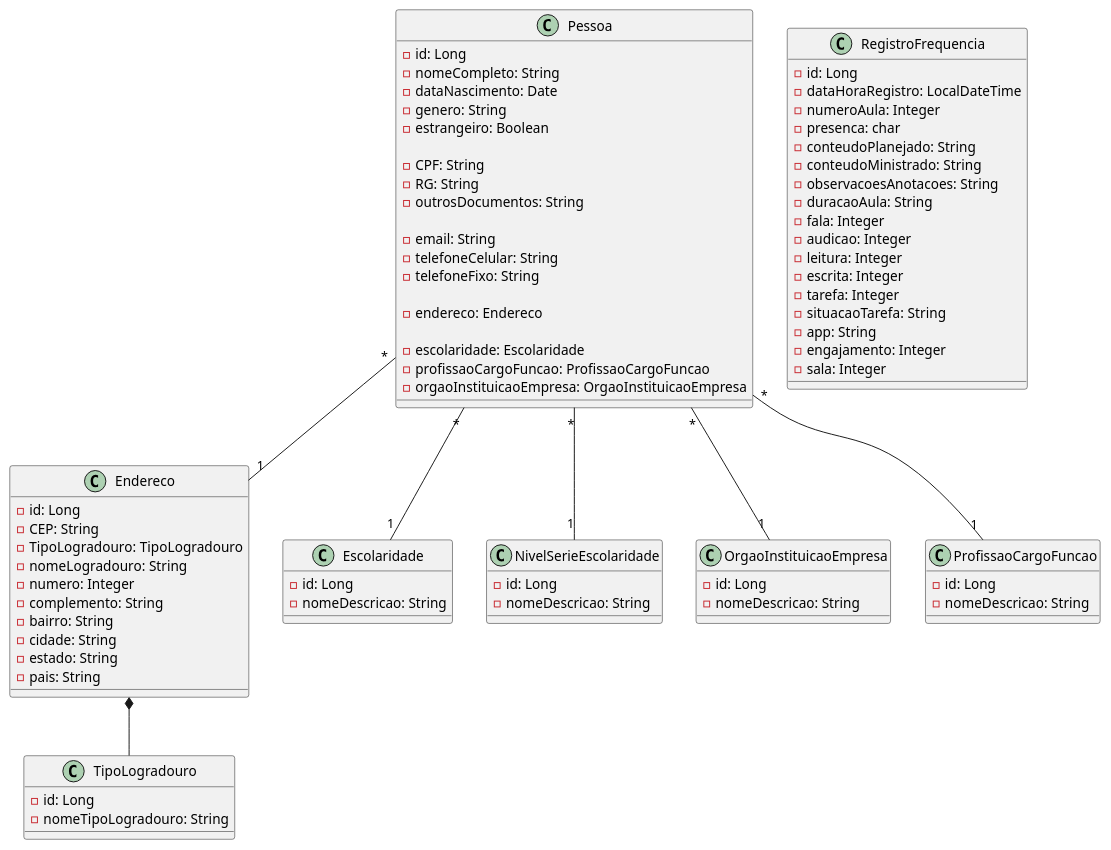
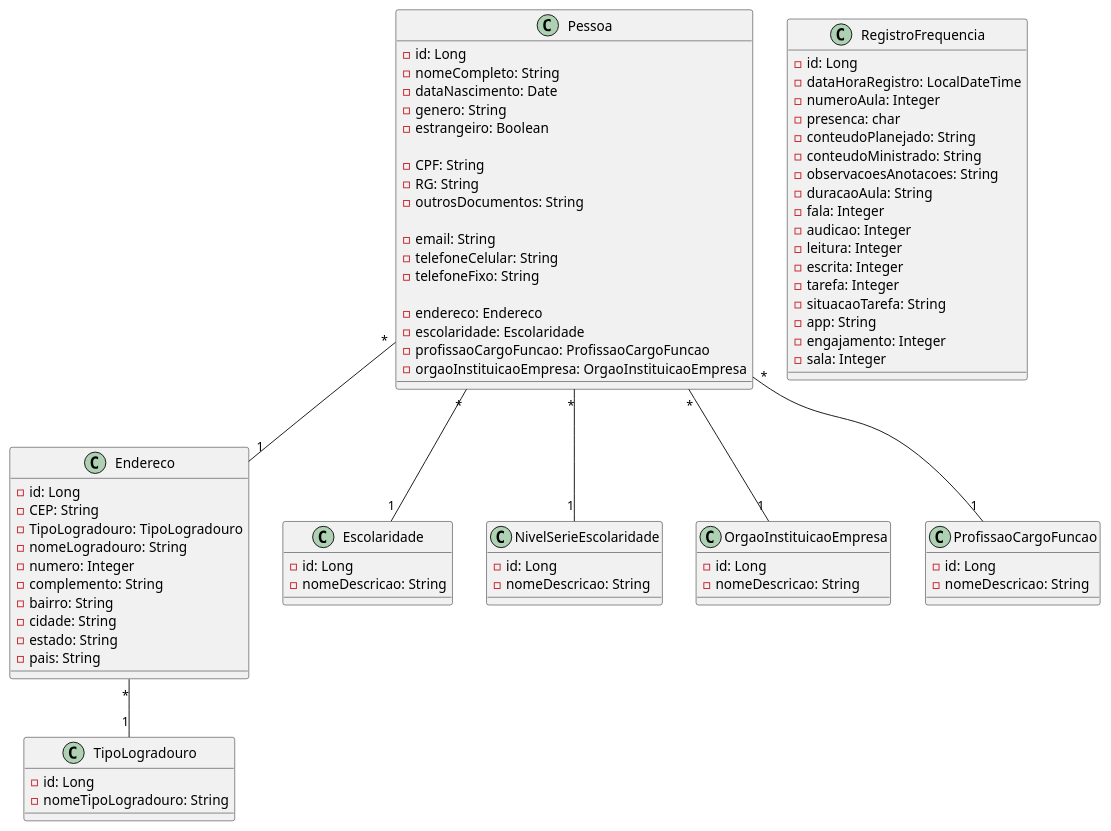
Before and after one commit to Vitor-rs/AgePlan_backend: the diagram in docs/diagrams/dc_entidadesPrincipais.puml, drawn with PlantUML.

Commit message:
:construction: Estruturando relacionamento entre classes

```diff
--- a/docs/diagrams/dc_entidadesPrincipais.puml
+++ b/docs/diagrams/dc_entidadesPrincipais.puml
@@ -1,92 +1,91 @@
 @startuml
 
 class Pessoa {
     - id: Long
     - nomeCompleto: String
     - dataNascimento: Date
     - genero: String
     - estrangeiro: Boolean
 
     - CPF: String
     - RG: String
     - outrosDocumentos: String
 
     - email: String
     - telefoneCelular: String
     - telefoneFixo: String
 
     - endereco: Endereco
-
     - escolaridade: Escolaridade
     - profissaoCargoFuncao: ProfissaoCargoFuncao
     - orgaoInstituicaoEmpresa: OrgaoInstituicaoEmpresa
 }
 
 class Endereco {
     - id: Long
     - CEP: String
     - TipoLogradouro: TipoLogradouro
     - nomeLogradouro: String
     - numero: Integer
     - complemento: String
     - bairro: String
     - cidade: String
     - estado: String
     - pais: String
 }
 
 class TipoLogradouro {
     - id: Long
     - nomeTipoLogradouro: String
 }
 
 class Escolaridade {
     - id: Long
     - nomeDescricao: String
 }
 
 class NivelSerieEscolaridade {
     - id: Long
     - nomeDescricao: String
 }
 
 class OrgaoInstituicaoEmpresa {
     - id: Long
     - nomeDescricao: String
 }
 
 class ProfissaoCargoFuncao {
     - id: Long
     - nomeDescricao: String
 }
 
 class RegistroFrequencia {
     - id: Long
     - dataHoraRegistro: LocalDateTime
     - numeroAula: Integer
     - presenca: char
     - conteudoPlanejado: String
     - conteudoMinistrado: String
     - observacoesAnotacoes: String
     - duracaoAula: String
     - fala: Integer
     - audicao: Integer
     - leitura: Integer
     - escrita: Integer
     - tarefa: Integer
     - situacaoTarefa: String
     - app: String
     - engajamento: Integer
     - sala: Integer
 }
 
 
 Pessoa "*" -- "1" Endereco
 Pessoa "*" -- "1" Escolaridade
 Pessoa "*" -- "1" NivelSerieEscolaridade
 Pessoa "*" -- "1" ProfissaoCargoFuncao
 Pessoa "*" -- "1" OrgaoInstituicaoEmpresa
 
-Endereco *-- TipoLogradouro
+Endereco "*" -- "1" TipoLogradouro
 
 @enduml
```
